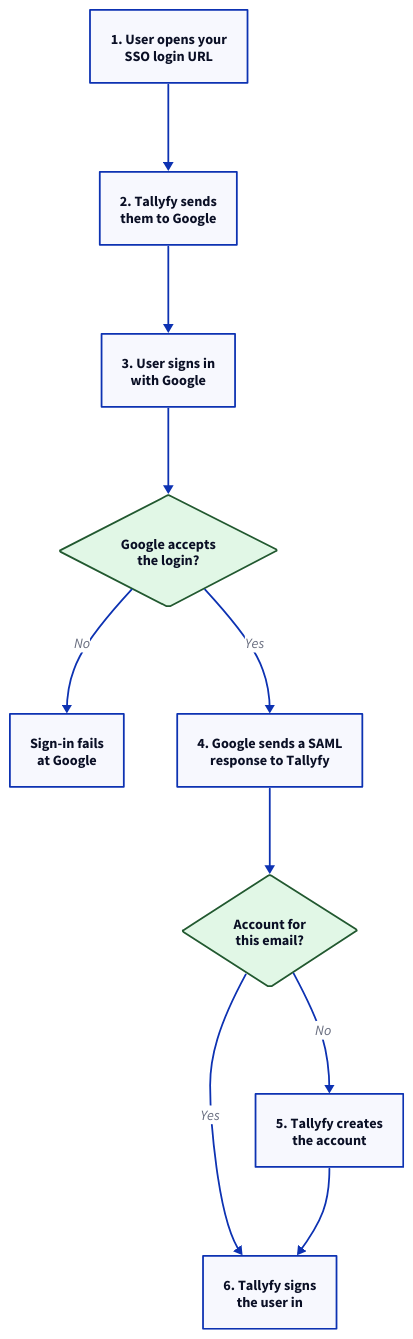
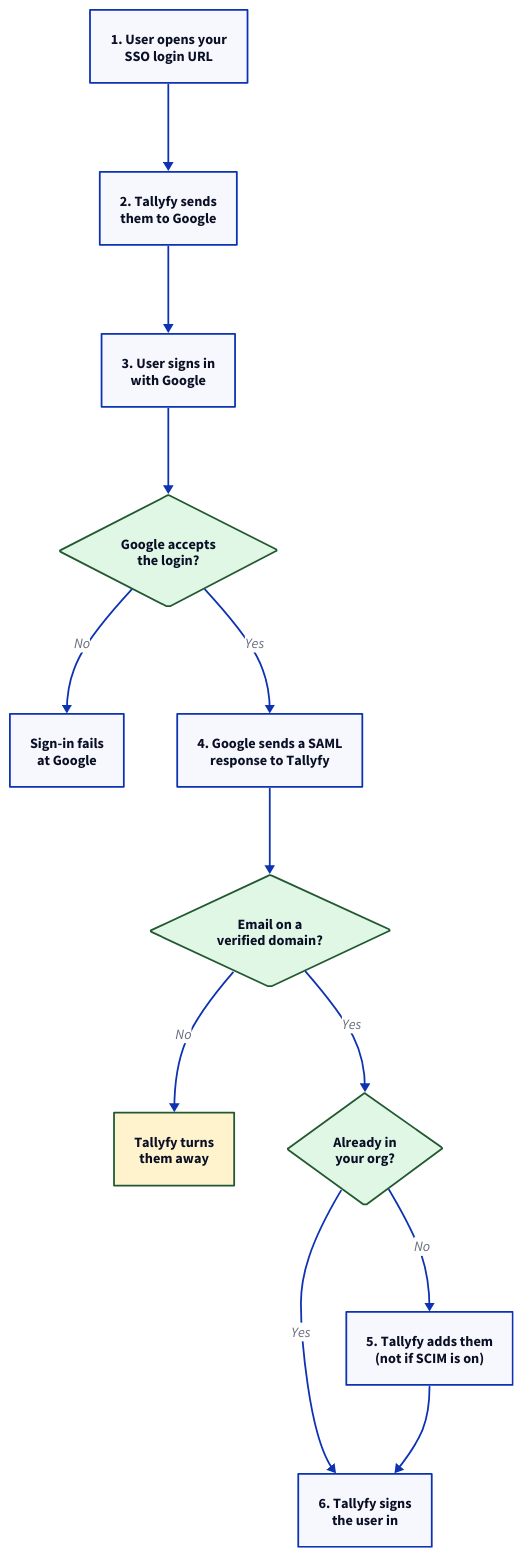
The diagram in src/content/docs/pro/integrations/authentication/how-to-integrate-google-suite-samlsso-with-tallyfy.mdx (tallyfy/documentation), drawn with D2 before and after one commit. The commit also changed 3 other files, not shown here.

First line of the commit message:
Show the verified-domain check in the four SSO sign-in diagrams

````diff
--- a/src/content/docs/pro/integrations/authentication/how-to-integrate-google-suite-samlsso-with-tallyfy.mdx
+++ b/src/content/docs/pro/integrations/authentication/how-to-integrate-google-suite-samlsso-with-tallyfy.mdx
@@ -135,30 +135,41 @@
 ```d2
 # Google Workspace SSO sign-in flow
 direction: down
 
 Open: "1. User opens your\nSSO login URL"
 Redirect: "2. Tallyfy sends\nthem to Google"
 Login: "3. User signs in\nwith Google"
 OK: "Google accepts\nthe login?" {
   shape: diamond
   style.fill: "#e1f7e6"
   style.stroke: "#225930"
 }
 Fail: "Sign-in fails\nat Google"
 Back: "4. Google sends a SAML\nresponse to Tallyfy"
-Exists: "Account for\nthis email?" {
+Domain: "Email on a\nverified domain?" {
   shape: diamond
   style.fill: "#e1f7e6"
   style.stroke: "#225930"
 }
-Create: "5. Tallyfy creates\nthe account"
+Away: "Tallyfy turns\nthem away" {
+  style.fill: "#fff3cd"
+  style.stroke: "#225930"
+}
+Exists: "Already in\nyour org?" {
+  shape: diamond
+  style.fill: "#e1f7e6"
+  style.stroke: "#225930"
+}
+Create: "5. Tallyfy adds them\n(not if SCIM is on)"
 SignIn: "6. Tallyfy signs\nthe user in"
 
 Open -> Redirect -> Login -> OK
 OK -> Fail: No
 OK -> Back: Yes
-Back -> Exists
+Back -> Domain
+Domain -> Away: No
+Domain -> Exists: Yes
 Exists -> Create: No
 Exists -> SignIn: Yes
 Create -> SignIn
 ```
````
